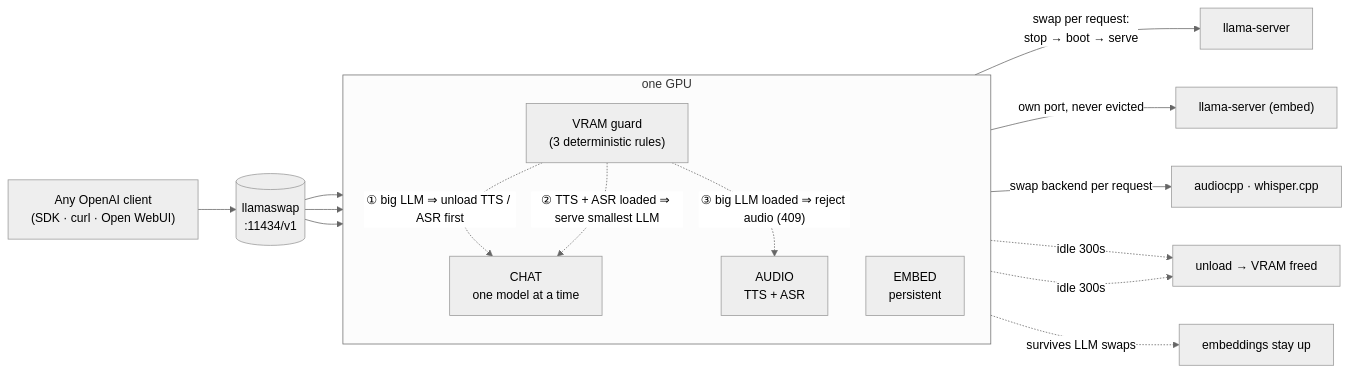
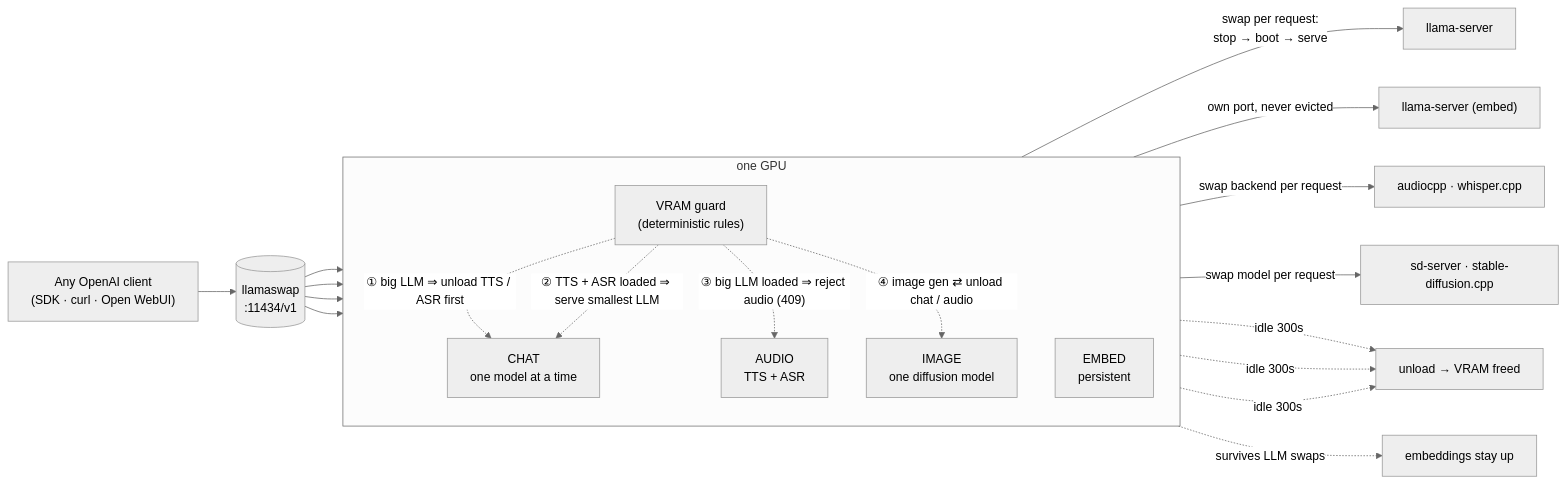
The first of 2 diagrams in README.md (AdelNazmy/llamaswap), drawn with Mermaid (neutral theme) before and after one commit. The commit also changed other lines of this file and 11 other files, not shown here.

````diff
--- a/README.md
+++ b/README.md
@@ -50,28 +53,33 @@
 ```mermaid
 flowchart LR
     C["Any OpenAI client<br/>(SDK · curl · Open WebUI)"] --> L[("llamaswap<br/>:11434/v1")]
 
     subgraph G["one GPU"]
         direction TB
         CH["CHAT<br/>one model at a time"]
         EM["EMBED<br/>persistent"]
         AU["AUDIO<br/>TTS + ASR"]
-        V["VRAM guard<br/>(3 deterministic rules)"]
+        IMG["IMAGE<br/>one diffusion model"]
+        V["VRAM guard<br/>(deterministic rules)"]
     end
 
     L --> CH
     L --> EM
     L --> AU
+    L --> IMG
 
     CH -->|"swap per request:<br/>stop → boot → serve"| B1["llama-server"]
     EM -->|"own port, never evicted"| B2["llama-server (embed)"]
     AU -->|"swap backend per request"| B3["audiocpp · whisper.cpp"]
+    IMG -->|"swap model per request"| B4["sd-server · stable-diffusion.cpp"]
 
     V -. "① big LLM ⇒ unload TTS / ASR first" .-> CH
     V -. "② TTS + ASR loaded ⇒ serve smallest LLM" .-> CH
     V -. "③ big LLM loaded ⇒ reject audio (409)" .-> AU
+    V -. "④ image gen ⇄ unload chat / audio" .-> IMG
 
     CH -. "idle 300s" .-> OFF["unload → VRAM freed"]
     AU -. "idle 300s" .-> OFF
+    IMG -. "idle 300s" .-> OFF
     EM -. "survives LLM swaps" .-> ON["embeddings stay up"]
 ```
````
